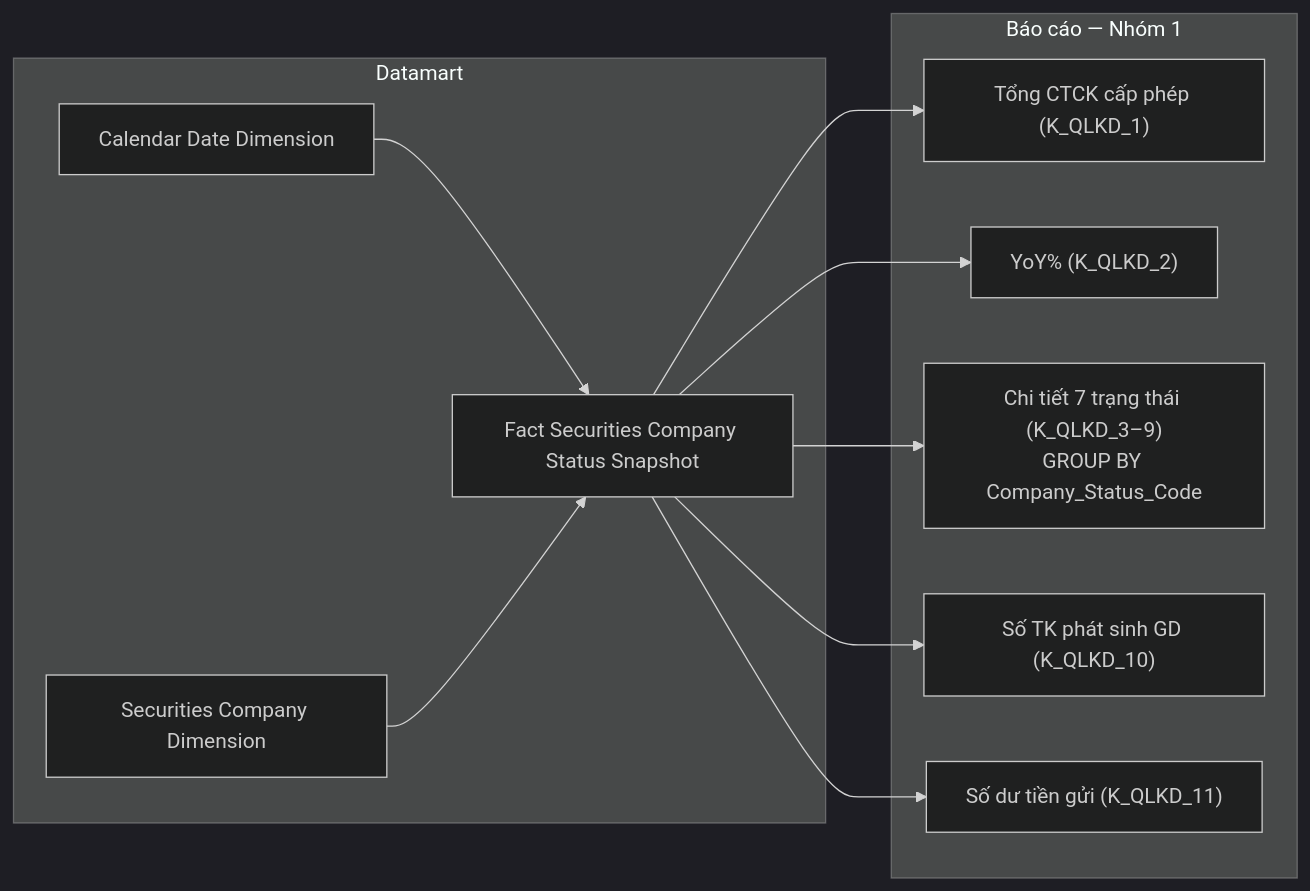
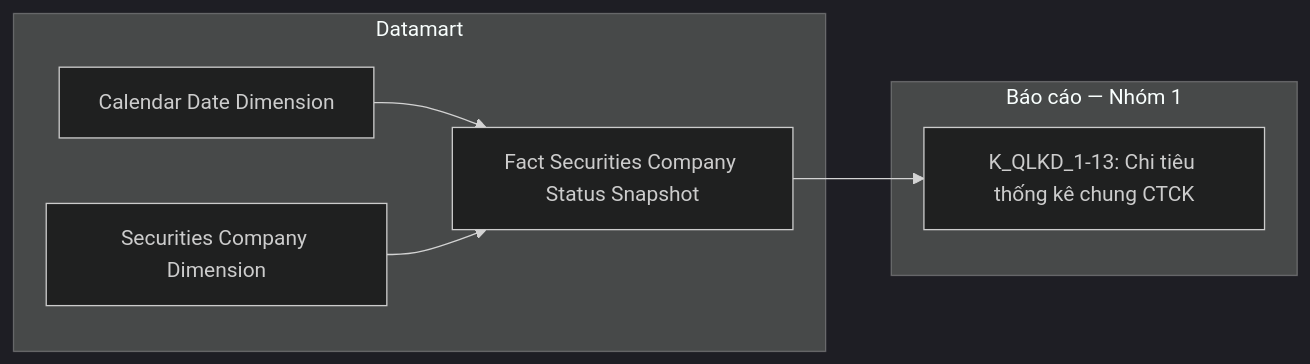
Before and after one commit to linhlvit/ubck_atomic_design: diagram 20 of 30 in Datamart/hld/DTM_QLKD_HLD.md, drawn with Mermaid (dark theme). The commit also changed other lines of this file and 35 other files, not shown here.

````diff
--- a/Datamart/hld/DTM_QLKD_HLD.md
+++ b/Datamart/hld/DTM_QLKD_HLD.md
@@ -764,24 +825,16 @@
 ```mermaid
 flowchart LR
     subgraph Datamart["Datamart"]
         G1["Fact Securities Company Status Snapshot"]
         G2["Securities Company Dimension"]
         G3["Calendar Date Dimension"]
     end
 
     subgraph RPT["Báo cáo — Nhóm 1"]
-        R1["Tổng CTCK cấp phép (K_QLKD_1)"]
-        R2["YoY% (K_QLKD_2)"]
-        R3["Chi tiết 7 trạng thái (K_QLKD_3–9)\nGROUP BY Company_Status_Code"]
-        R4["Số TK phát sinh GD (K_QLKD_10)"]
-        R5["Số dư tiền gửi (K_QLKD_11)"]
+        R1["K_QLKD_1-13: Chi tiêu thống kê chung CTCK"]
     end
 
     G3 --> G1
     G2 --> G1
     G1 --> R1
-    G1 --> R2
-    G1 --> R3
-    G1 --> R4
-    G1 --> R5
 ```
````
